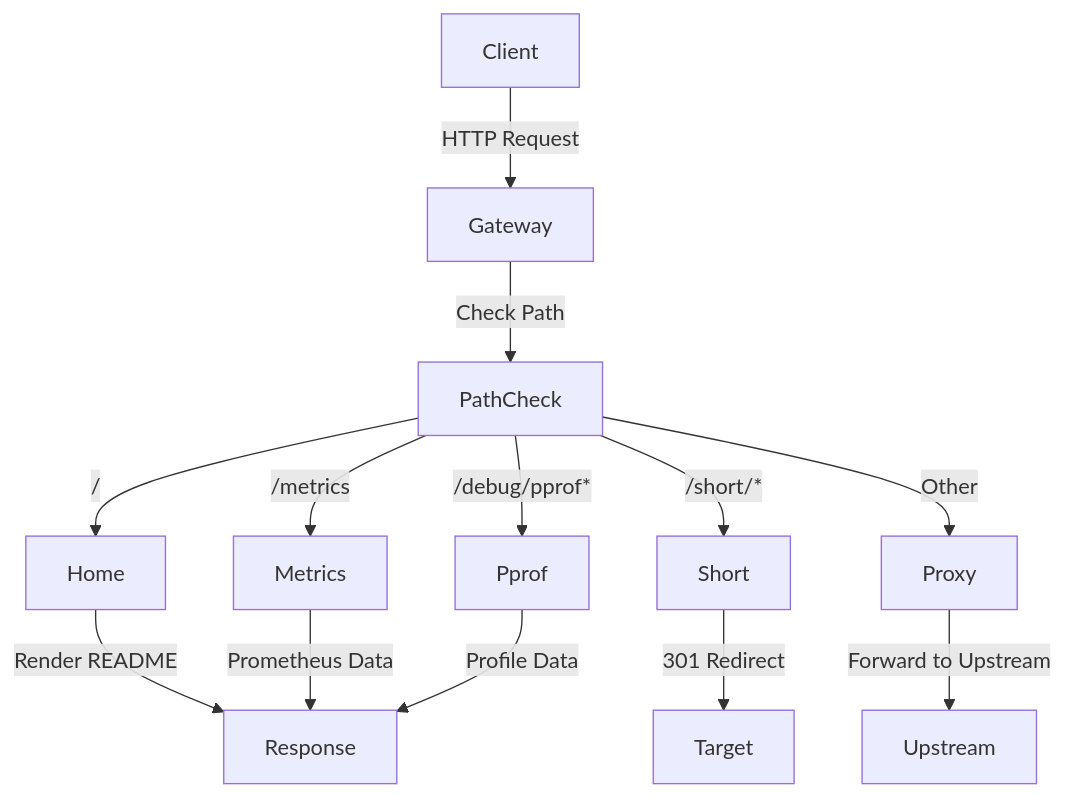
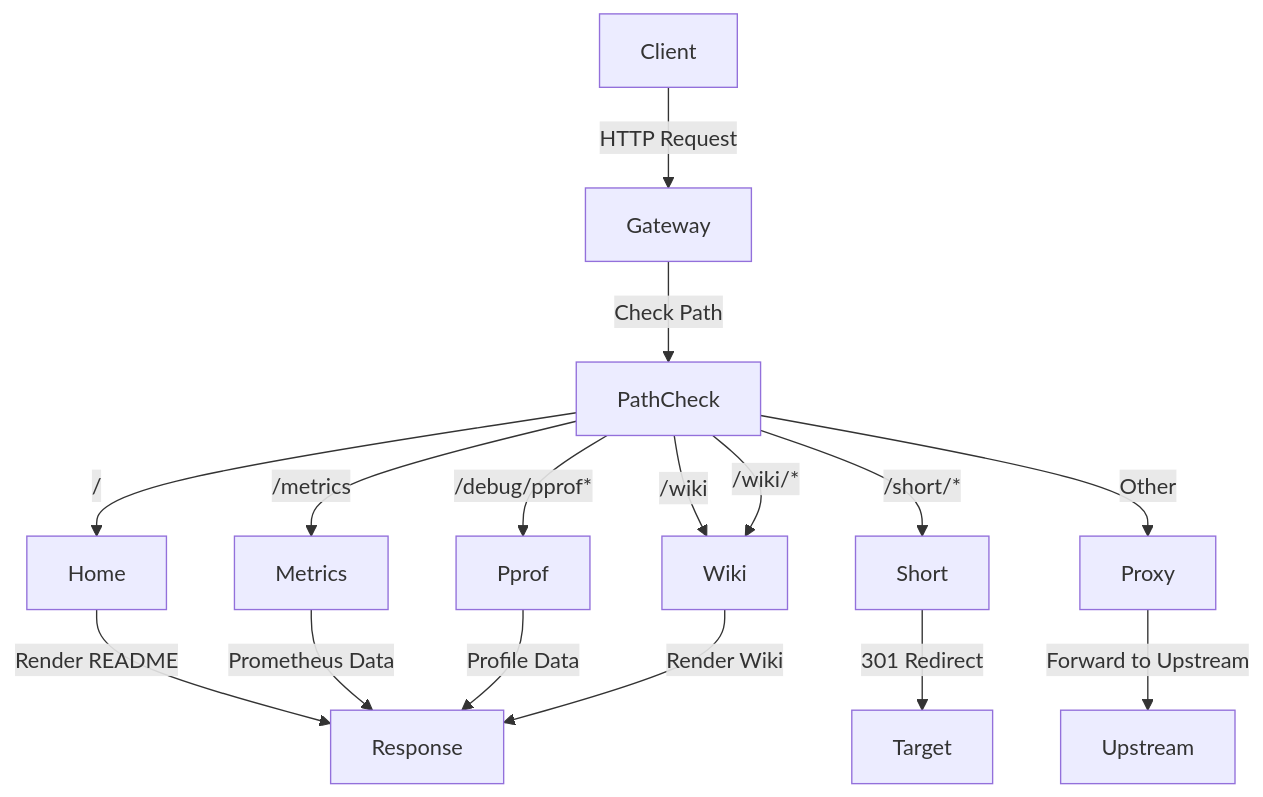
One commit to nerdneilsfield/RSSHub-Gateway changed the diagram in .qoder/repowiki/zh/content/API端点参考/API端点参考.md. Above: the diagram before and after it, drawn with Mermaid. The commit also changed other lines of this file and 2 other files, not shown here.

Commit message:
docs: refresh qoder wiki content

````diff
--- a/.qoder/repowiki/zh/content/API端点参考/API端点参考.md
+++ b/.qoder/repowiki/zh/content/API端点参考/API端点参考.md
@@ -38,15 +51,18 @@
 ```mermaid
 flowchart TD
 Client --> |HTTP Request| Gateway
 Gateway --> |Check Path| PathCheck
 PathCheck --> |/| Home
 PathCheck --> |/short/*| Short
 PathCheck --> |/metrics| Metrics
 PathCheck --> |/debug/pprof*| Pprof
+PathCheck --> |/wiki| Wiki
+PathCheck --> |/wiki/*| Wiki
 PathCheck --> |Other| Proxy
 Home --> |Render README| Response
 Short --> |301 Redirect| Target
 Metrics --> |Prometheus Data| Response
 Pprof --> |Profile Data| Response
+Wiki --> |Render Wiki| Response
 Proxy --> |Forward to Upstream| Upstream
 ```
````
